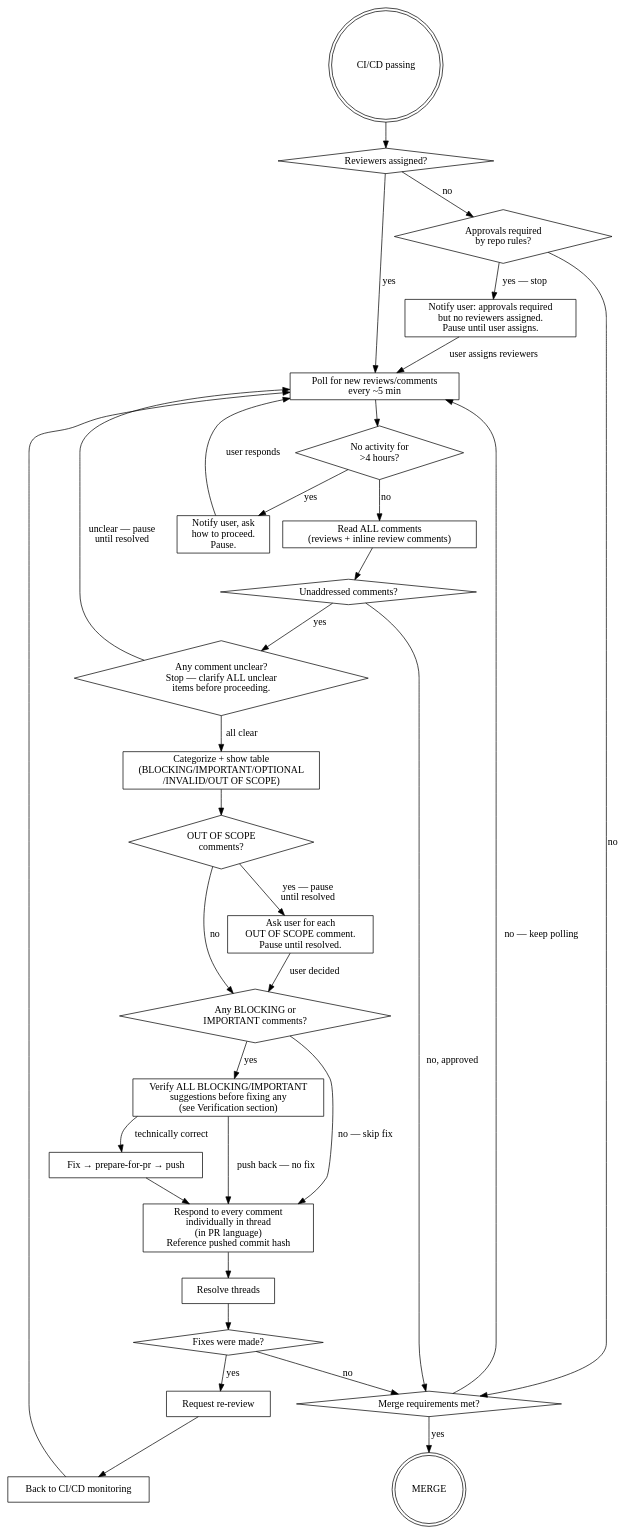
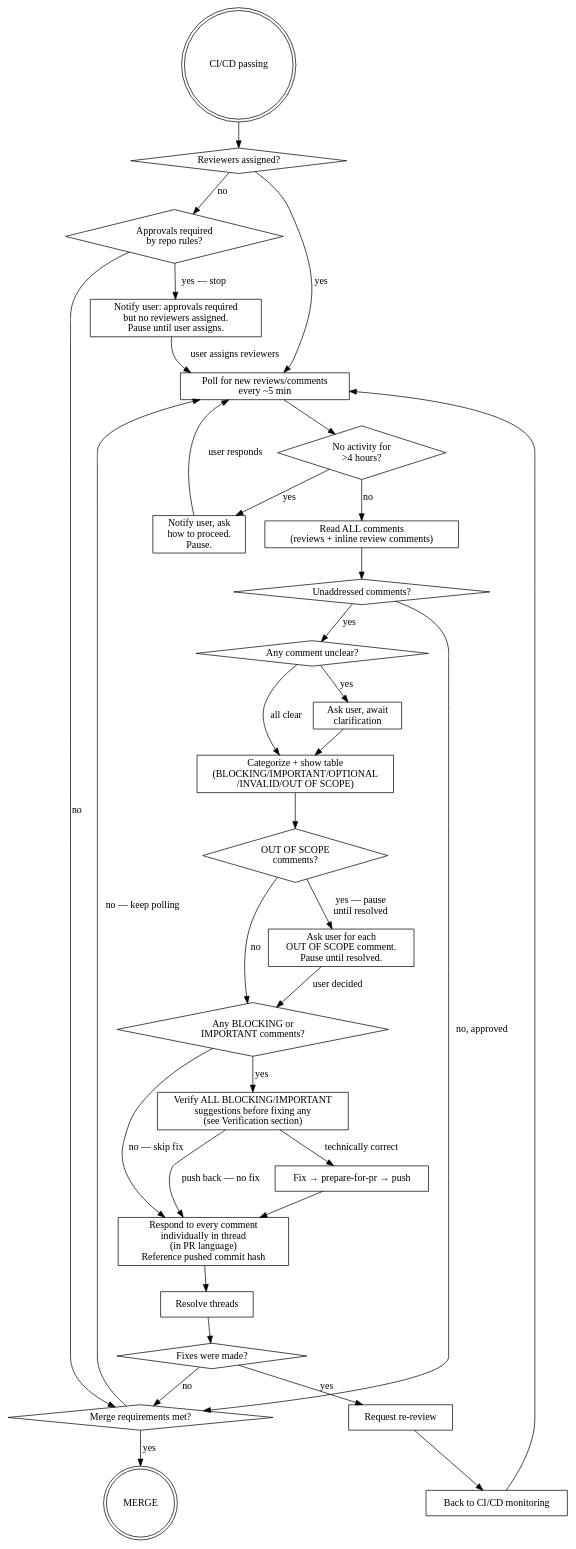
The second of 2 diagrams in plugins/developer-workflow/skills/pr-drive-to-merge/SKILL.md (kirich1409/krozov-ai-tools), drawn with Graphviz before and after one commit. The commit also changed other lines of this file, not shown here.

First line of the commit message:
refactor(pr-drive-to-merge): second simplify pass — remove duplication and fix flowchart gaps

````diff
--- a/plugins/developer-workflow/skills/pr-drive-to-merge/SKILL.md
+++ b/plugins/developer-workflow/skills/pr-drive-to-merge/SKILL.md
@@ -74,61 +75,63 @@
 ```dot
 digraph review {
     rankdir=TB;
 
     start [label="CI/CD passing", shape=doublecircle];
     reviewers [label="Reviewers assigned?", shape=diamond];
     approvals_req [label="Approvals required\nby repo rules?", shape=diamond];
     ask_assign [label="Notify user: approvals required\nbut no reviewers assigned.\nPause until user assigns.", shape=box];
     wait [label="Poll for new reviews/comments\nevery ~5 min", shape=box];
     stale_check [label="No activity for\n>4 hours?", shape=diamond];
     notify_stale [label="Notify user, ask\nhow to proceed.\nPause.", shape=box];
     read_all [label="Read ALL comments\n(reviews + inline review comments)", shape=box];
     any_comments [label="Unaddressed comments?", shape=diamond];
-    clarify [label="Any comment unclear?\nStop — clarify ALL unclear\nitems before proceeding.", shape=diamond];
+    clarify [label="Any comment unclear?", shape=diamond];
+    ask_clarify [label="Ask user, await\nclarification", shape=box];
     categorize [label="Categorize + show table\n(BLOCKING/IMPORTANT/OPTIONAL\n/INVALID/OUT OF SCOPE)", shape=box];
     oos [label="OUT OF SCOPE\ncomments?", shape=diamond];
     ask_oos [label="Ask user for each\nOUT OF SCOPE comment.\nPause until resolved.", shape=box];
     any_fix [label="Any BLOCKING or\nIMPORTANT comments?", shape=diamond];
     verify [label="Verify ALL BLOCKING/IMPORTANT\nsuggestions before fixing any\n(see Verification section)", shape=box];
     fix [label="Fix → prepare-for-pr → push", shape=box];
     respond [label="Respond to every comment\nindividually in thread\n(in PR language)\nReference pushed commit hash", shape=box];
     resolve [label="Resolve threads", shape=box];
     fixes_made [label="Fixes were made?", shape=diamond];
     rereview [label="Request re-review", shape=box];
     ci_loop [label="Back to CI/CD monitoring", shape=box];
     merge_check [label="Merge requirements met?", shape=diamond];
     done [label="MERGE", shape=doublecircle];
 
     start -> reviewers;
     reviewers -> approvals_req [label="no"];
     approvals_req -> ask_assign [label="yes — stop"];
     approvals_req -> merge_check [label="no"];
     ask_assign -> wait [label="user assigns reviewers"];
     reviewers -> wait [label="yes"];
     wait -> stale_check;
     stale_check -> notify_stale [label="yes"];
     notify_stale -> wait [label="user responds"];
     stale_check -> read_all [label="no"];
     read_all -> any_comments;
     any_comments -> clarify [label="yes"];
     any_comments -> merge_check [label="no, approved"];
     clarify -> categorize [label="all clear"];
-    clarify -> wait [label="unclear — pause\nuntil resolved"];
+    clarify -> ask_clarify [label="yes"];
+    ask_clarify -> categorize;
     categorize -> oos;
     oos -> ask_oos [label="yes — pause\nuntil resolved"];
     oos -> any_fix [label="no"];
     ask_oos -> any_fix [label="user decided"];
     any_fix -> verify [label="yes"];
     any_fix -> respond [label="no — skip fix"];
     verify -> fix [label="technically correct"];
     verify -> respond [label="push back — no fix"];
     fix -> respond;
     respond -> resolve;
     resolve -> fixes_made;
     fixes_made -> rereview [label="yes"];
     fixes_made -> merge_check [label="no"];
     rereview -> ci_loop -> wait;
     merge_check -> done [label="yes"];
     merge_check -> wait [label="no — keep polling"];
 }
 ```
````
